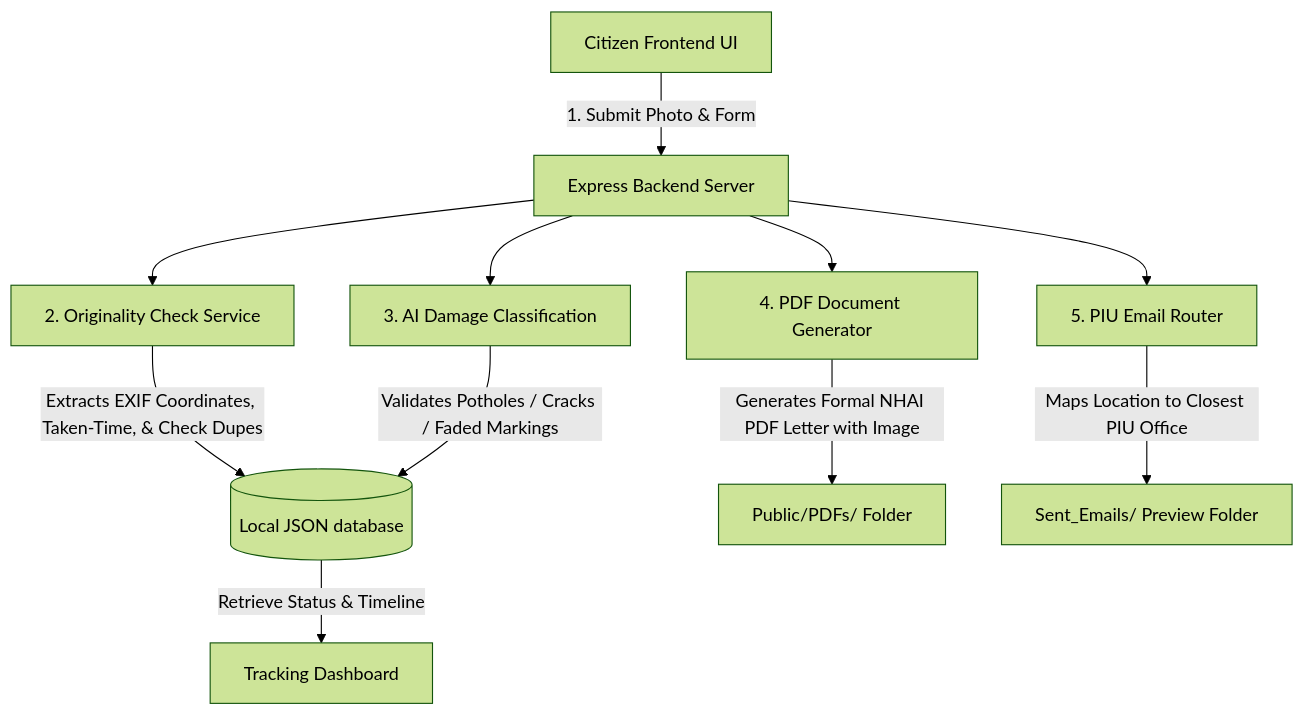
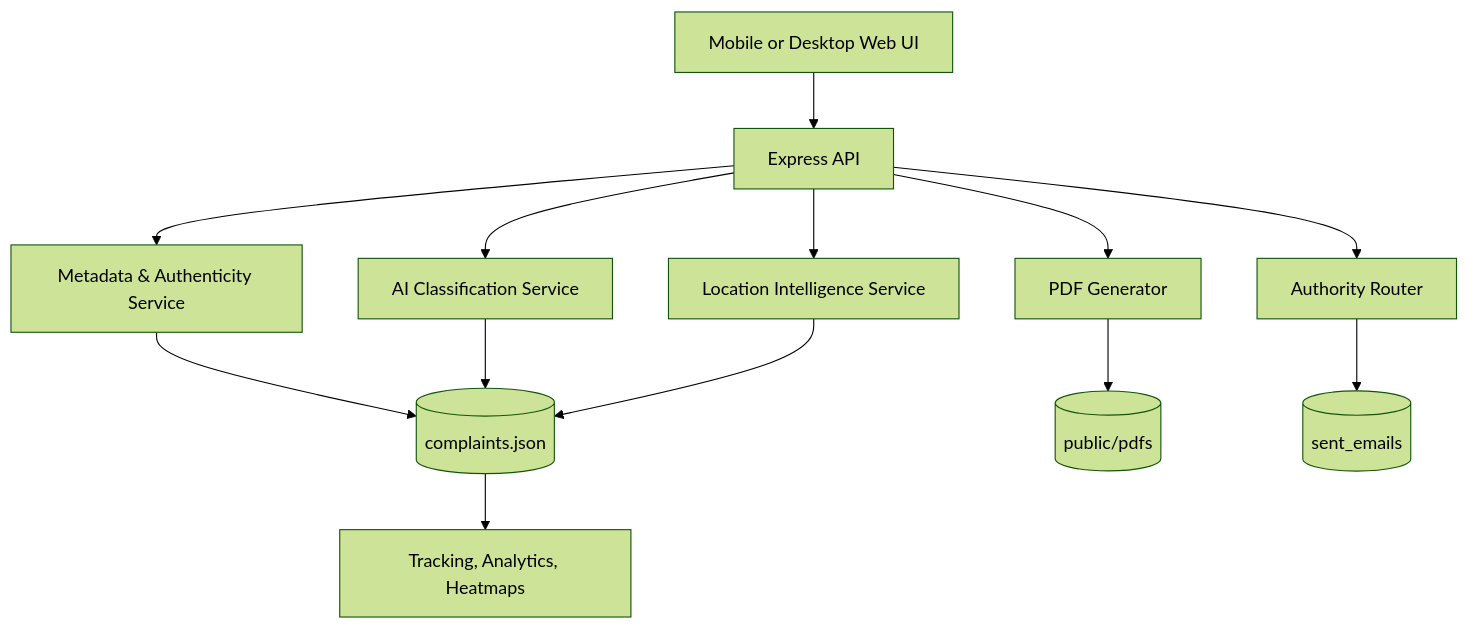
Before and after one commit to hemhalatha/FixMyRoad: the diagram in README.md, drawn with Mermaid (forest theme). The commit also changed other lines of this file, not shown here.

````diff
--- a/README.md
+++ b/README.md
@@ -9,15 +19,15 @@
 ```mermaid
 graph TD
-    A[Citizen Frontend UI] -->|1. Submit Photo & Form| B[Express Backend Server]
-    B --> C[2. Originality Check Service]
-    B --> D[3. AI Damage Classification]
-    B --> E[4. PDF Document Generator]
-    B --> F[5. PIU Email Router]
-    
-    C -->|Extracts EXIF Coordinates, Taken-Time, & Check Dupes| G[(Local JSON database)]
-    D -->|Validates Potholes / Cracks / Faded Markings| G
-    E -->|Generates Formal NHAI PDF Letter with Image| H[Public/PDFs/ Folder]
-    F -->|Maps Location to Closest PIU Office| I[Sent_Emails/ Preview Folder]
-    
-    G -->|Retrieve Status & Timeline| J[Tracking Dashboard]
+  A[Mobile or Desktop Web UI] --> B[Express API]
+  B --> C[Metadata & Authenticity Service]
+  B --> D[AI Classification Service]
+  B --> E[Location Intelligence Service]
+  B --> F[PDF Generator]
+  B --> G[Authority Router]
+  C --> H[(complaints.json)]
+  D --> H
+  E --> H
+  F --> I[(public/pdfs)]
+  G --> J[(sent_emails)]
+  H --> K[Tracking, Analytics, Heatmaps]
 ```
````
